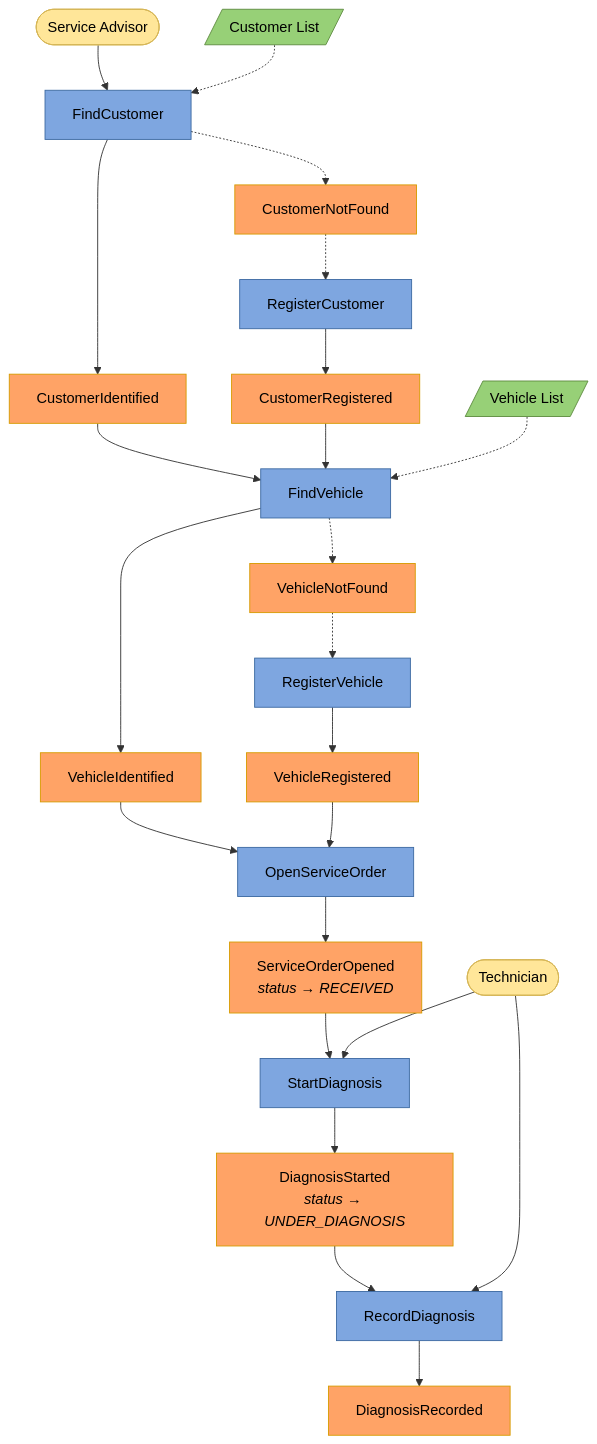
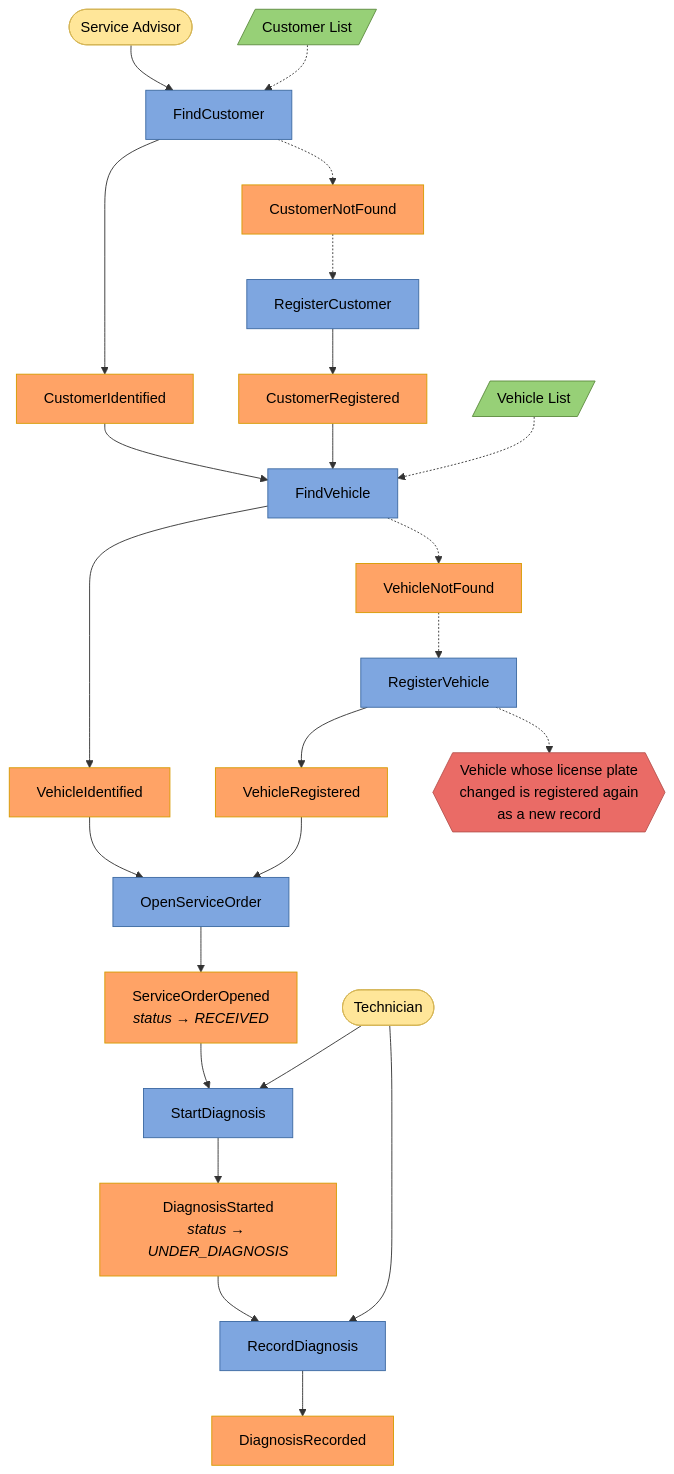
Before and after one commit to gabsevamac/JACAFI-FIAP_Tech-Challenge_01: the first of 4 diagrams in server/docs/event-storming.md, drawn with Mermaid. The commit also changed other lines of this file and 2 other files, not shown here.

````diff
--- a/server/docs/event-storming.md
+++ b/server/docs/event-storming.md
@@ -24,56 +24,58 @@
 ```mermaid
 flowchart TD
     classDef actor fill:#FFE699,stroke:#D6B656,color:#000
     classDef command fill:#7EA6E0,stroke:#3D6AA2,color:#000
     classDef event fill:#FFA366,stroke:#D79B00,color:#000
     classDef policy fill:#E1D5E7,stroke:#9673A6,color:#000
     classDef readmodel fill:#97D077,stroke:#5D8C3F,color:#000
     classDef hotspot fill:#EA6B66,stroke:#B85450,color:#000
 
     ACT1(["Service Advisor"]):::actor
     RM1[/"Customer List"/]:::readmodel
     CMD1["FindCustomer"]:::command
     EVT1["CustomerIdentified"]:::event
     EVT2["CustomerNotFound"]:::event
     CMD2["RegisterCustomer"]:::command
     EVT3["CustomerRegistered"]:::event
 
     RM2[/"Vehicle List"/]:::readmodel
     CMD3["FindVehicle"]:::command
     EVT4["VehicleIdentified"]:::event
     EVT5["VehicleNotFound"]:::event
     CMD4["RegisterVehicle"]:::command
     EVT6["VehicleRegistered"]:::event
+    HS8{{"Vehicle whose license plate<br/>changed is registered again<br/>as a new record"}}:::hotspot
 
     CMD5["OpenServiceOrder"]:::command
     EVT7["ServiceOrderOpened<br/><i>status → RECEIVED</i>"]:::event
 
     ACT2(["Technician"]):::actor
     CMD6["StartDiagnosis"]:::command
     EVT8["DiagnosisStarted<br/><i>status → UNDER_DIAGNOSIS</i>"]:::event
     CMD7["RecordDiagnosis"]:::command
     EVT9["DiagnosisRecorded"]:::event
 
     ACT1 --> CMD1
     RM1 -.-> CMD1
     CMD1 --> EVT1
     CMD1 -.-> EVT2
     EVT2 -.-> CMD2
     CMD2 --> EVT3
     EVT1 --> CMD3
     EVT3 --> CMD3
     RM2 -.-> CMD3
     CMD3 --> EVT4
     CMD3 -.-> EVT5
     EVT5 -.-> CMD4
     CMD4 --> EVT6
+    CMD4 -.-> HS8
     EVT4 --> CMD5
     EVT6 --> CMD5
     CMD5 --> EVT7
     ACT2 --> CMD6
     EVT7 --> CMD6
     CMD6 --> EVT8
     EVT8 --> CMD7
     ACT2 --> CMD7
     CMD7 --> EVT9
 ```
````
